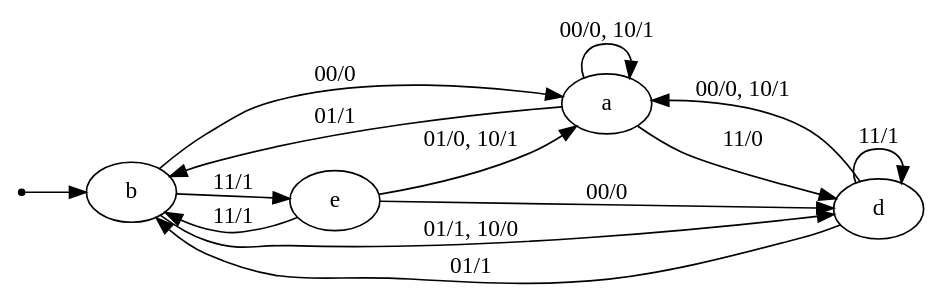
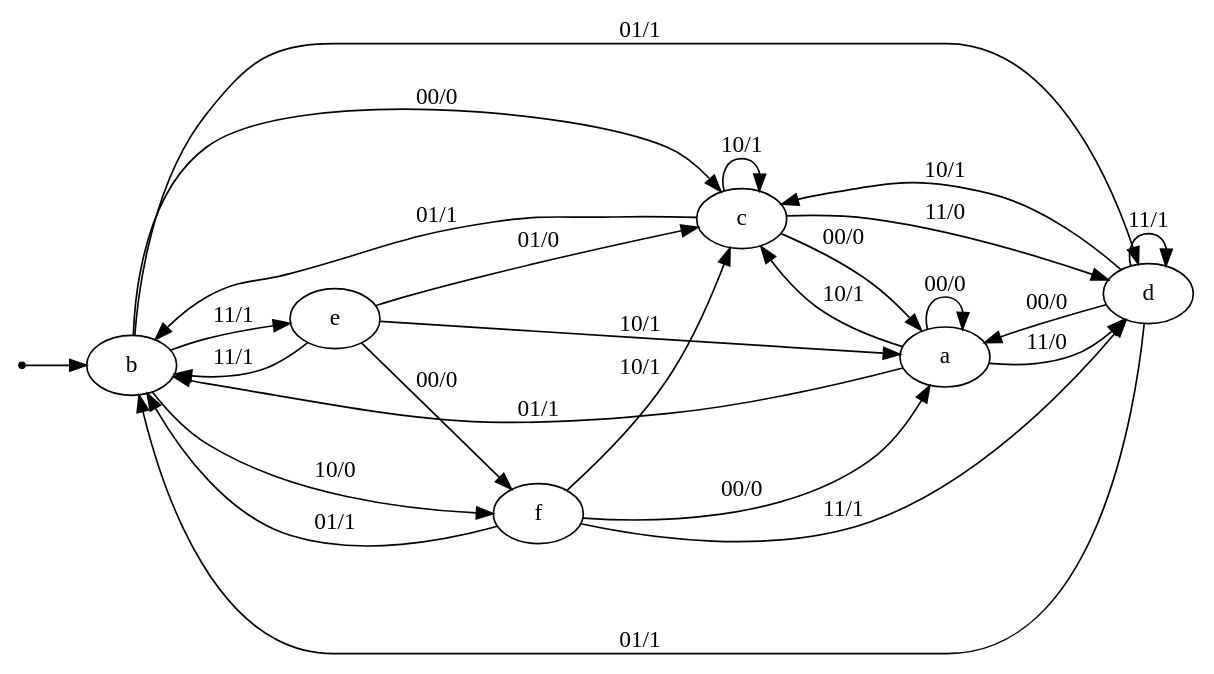
One commit to Ting-Tech/StateMinimization changed the diagram in example/myTest/testcase/test2/input.dot. Above: the diagram before and after it, drawn with Graphviz. The commit also changed 16 other files, not shown here.

```diff
--- a/example/myTest/testcase/test2/input.dot
+++ b/example/myTest/testcase/test2/input.dot
@@ -1,23 +1,37 @@
 digraph STG {
 	rankdir=LR;
 
 	INIT [shape=point];
 	a [label="a"];
 	b [label="b"];
+	c [label="c"];
 	d [label="d"];
+	f [label="f"];
 	e [label="e"];
 
 	INIT -> b;
-	a -> a [label="00/0, 10/1"];
+	a -> a [label="00/0"];
 	a -> b [label="01/1"];
+	a -> c [label="10/1"];
 	a -> d [label="11/0"];
-	b -> a [label="00/0"];
-	b -> d [label="01/1, 10/0"];
+	b -> c [label="00/0"];
+	b -> d [label="01/1"];
+	b -> f [label="10/0"];
 	b -> e [label="11/1"];
-	d -> a [label="00/0, 10/1"];
+	c -> a [label="00/0"];
+	c -> b [label="01/1"];
+	c -> c [label="10/1"];
+	c -> d [label="11/0"];
+	d -> a [label="00/0"];
 	d -> b [label="01/1"];
+	d -> c [label="10/1"];
 	d -> d [label="11/1"];
-	e -> a [label="01/0, 10/1"];
+	f -> a [label="00/0"];
+	f -> b [label="01/1"];
+	f -> c [label="10/1"];
+	f -> d [label="11/1"];
+	e -> f [label="00/0"];
+	e -> c [label="01/0"];
+	e -> a [label="10/1"];
 	e -> b [label="11/1"];
-	e -> d [label="00/0"];
 }
```
